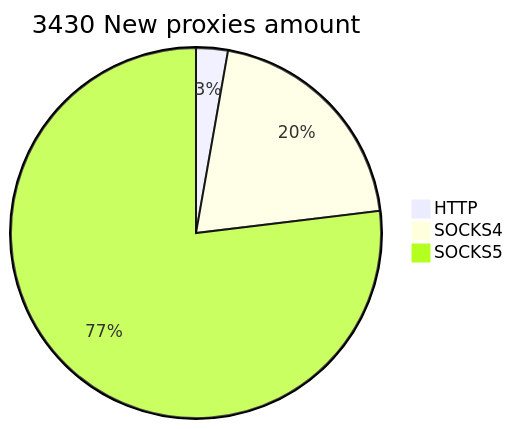
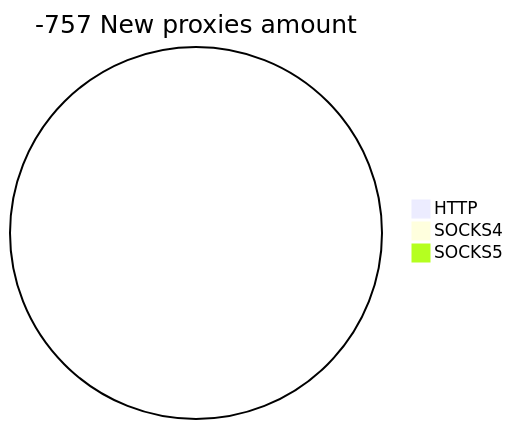
One commit to cutipu/proxylist changed the second of 2 diagrams in README.md. Above: the diagram before and after it, drawn with Mermaid. The commit also changed other lines of this file, not shown here.

````diff
--- a/README.md
+++ b/README.md
@@ -10,6 +10,6 @@
 ```mermaid
-pie title 3430 New proxies amount
-    "HTTP" : 95
-    "SOCKS4" : 697
-    "SOCKS5" : 2638
+pie title -757 New proxies amount
+    "HTTP" : 0
+    "SOCKS4" : 0
+    "SOCKS5" : 0
 ```
````
